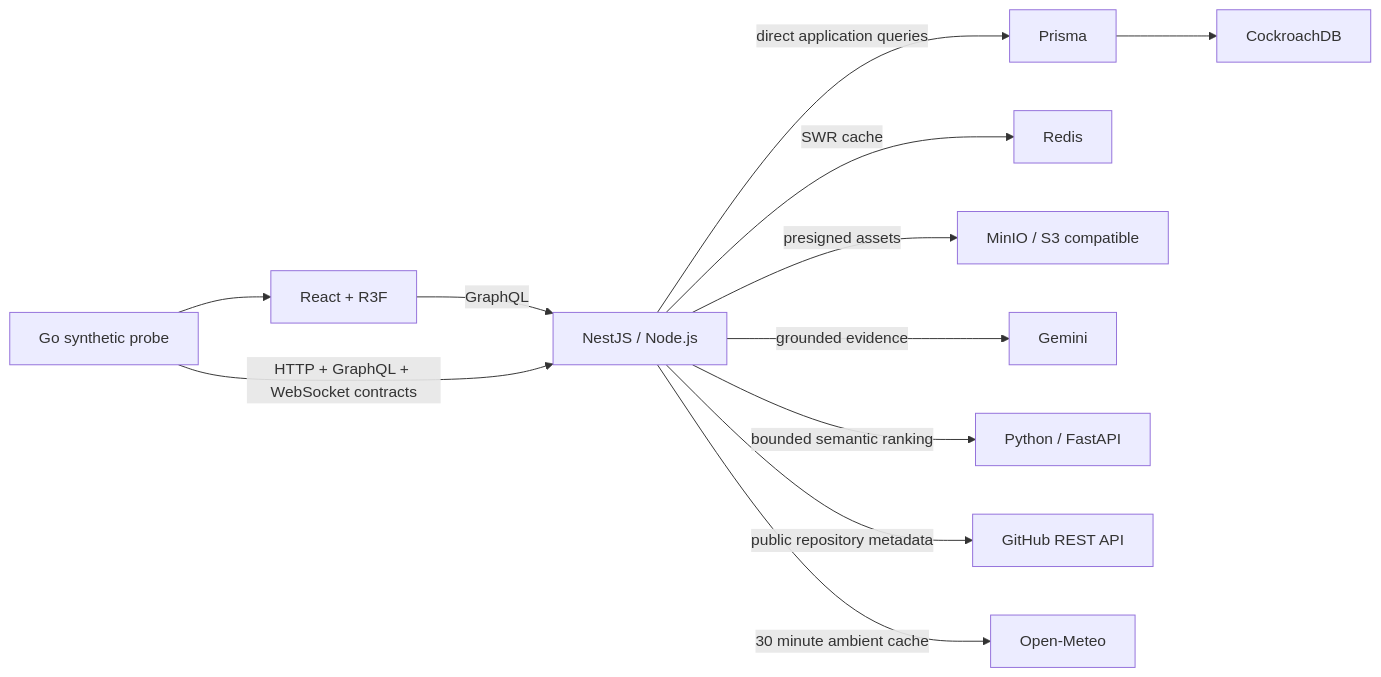
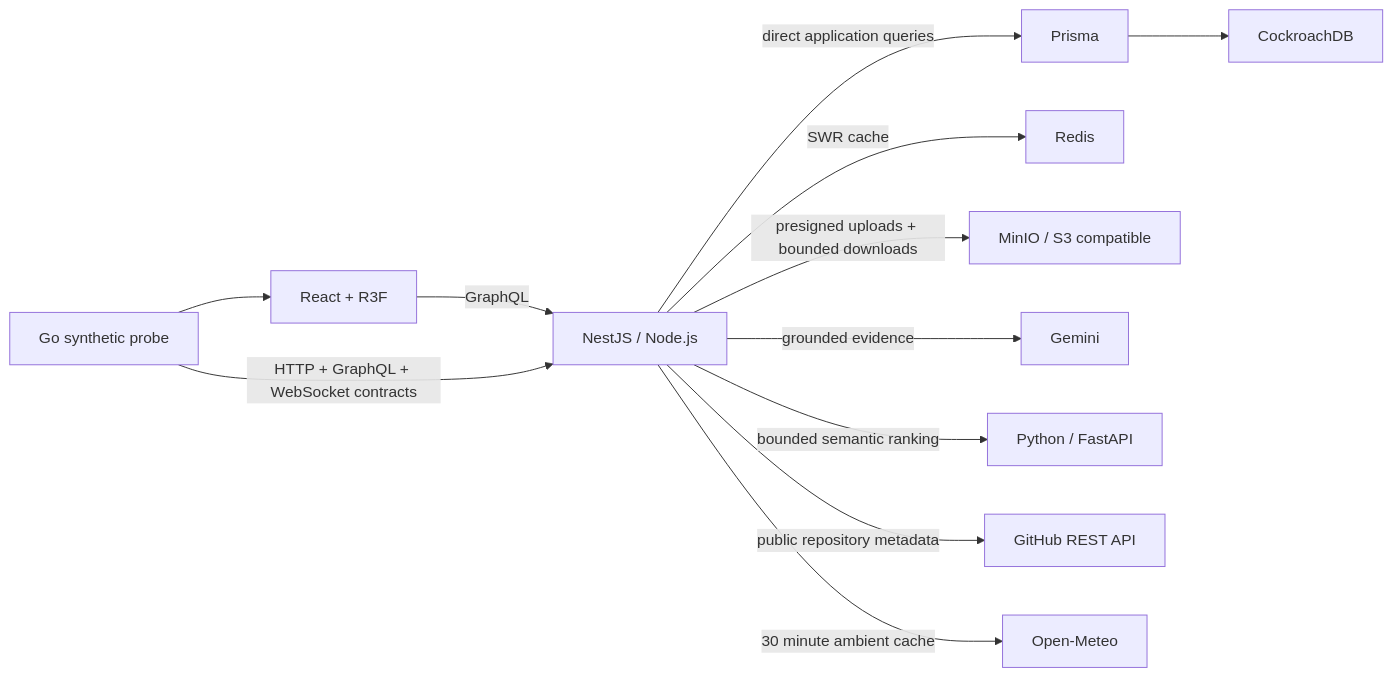
One commit to Sskutushev/sskutushev-site changed the diagram in docs/architecture/overview.md. Above: the diagram before and after it, drawn with Mermaid. The commit also changed other lines of this file and 21 other files, not shown here.

````diff
--- a/docs/architecture/overview.md
+++ b/docs/architecture/overview.md
@@ -3,14 +3,14 @@
 ```mermaid
 flowchart LR
   Browser[React + R3F] -->|GraphQL| API[NestJS / Node.js]
   API -->|direct application queries| Prisma
   Prisma --> CockroachDB
   API -->|SWR cache| Redis
-  API -->|presigned assets| S3[MinIO / S3 compatible]
+  API -->|presigned uploads + bounded downloads| S3[MinIO / S3 compatible]
   API -->|grounded evidence| Gemini
   API -->|bounded semantic ranking| Semantic[Python / FastAPI]
   API -->|public repository metadata| GitHub[GitHub REST API]
   API -->|30 minute ambient cache| Weather[Open-Meteo]
   Probe[Go synthetic probe] -->|HTTP + GraphQL + WebSocket contracts| API
   Probe --> Browser
 ```
````
